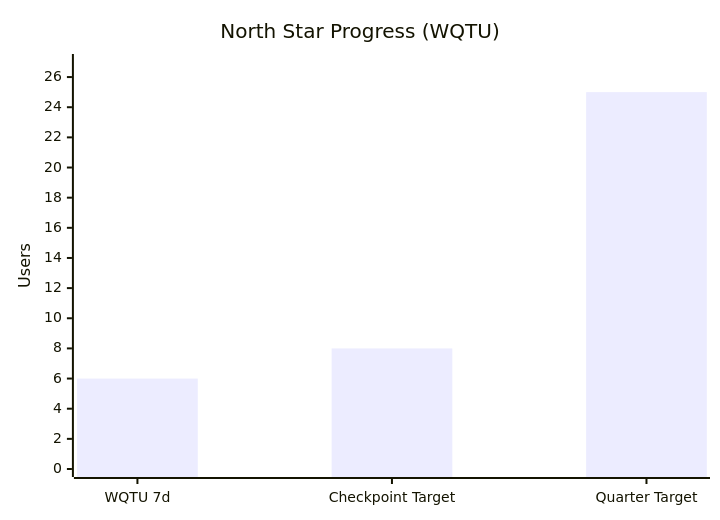
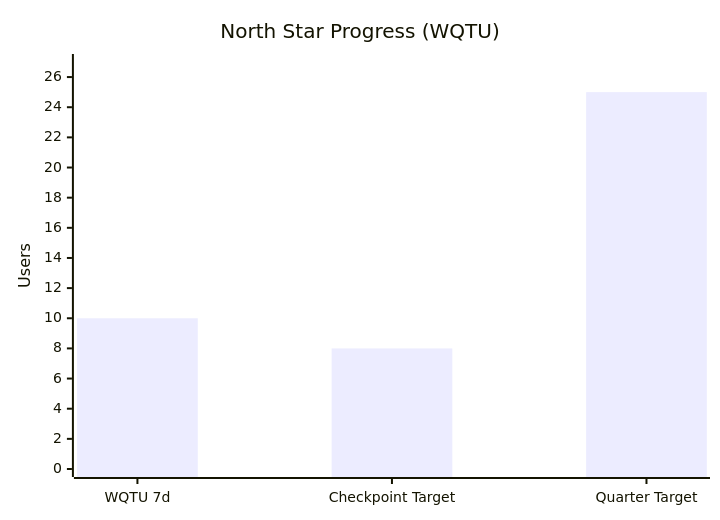
The second of 4 diagrams in wiki/Paid-Acquisition.md (IgorGanapolsky/Random-Timer), drawn with Mermaid before and after one commit. The commit also changed other lines of this file and 328 other files, not shown here.

````diff
--- a/wiki/Paid-Acquisition.md
+++ b/wiki/Paid-Acquisition.md
@@ -50,7 +50,7 @@
 ```mermaid
 xychart-beta
     title "North Star Progress (WQTU)"
     x-axis ["WQTU 7d" , "Checkpoint Target" , "Quarter Target"]
     y-axis "Users" 0 --> 27
-    bar [6 , 8 , 25]
+    bar [10 , 8 , 25]
 ```
````
